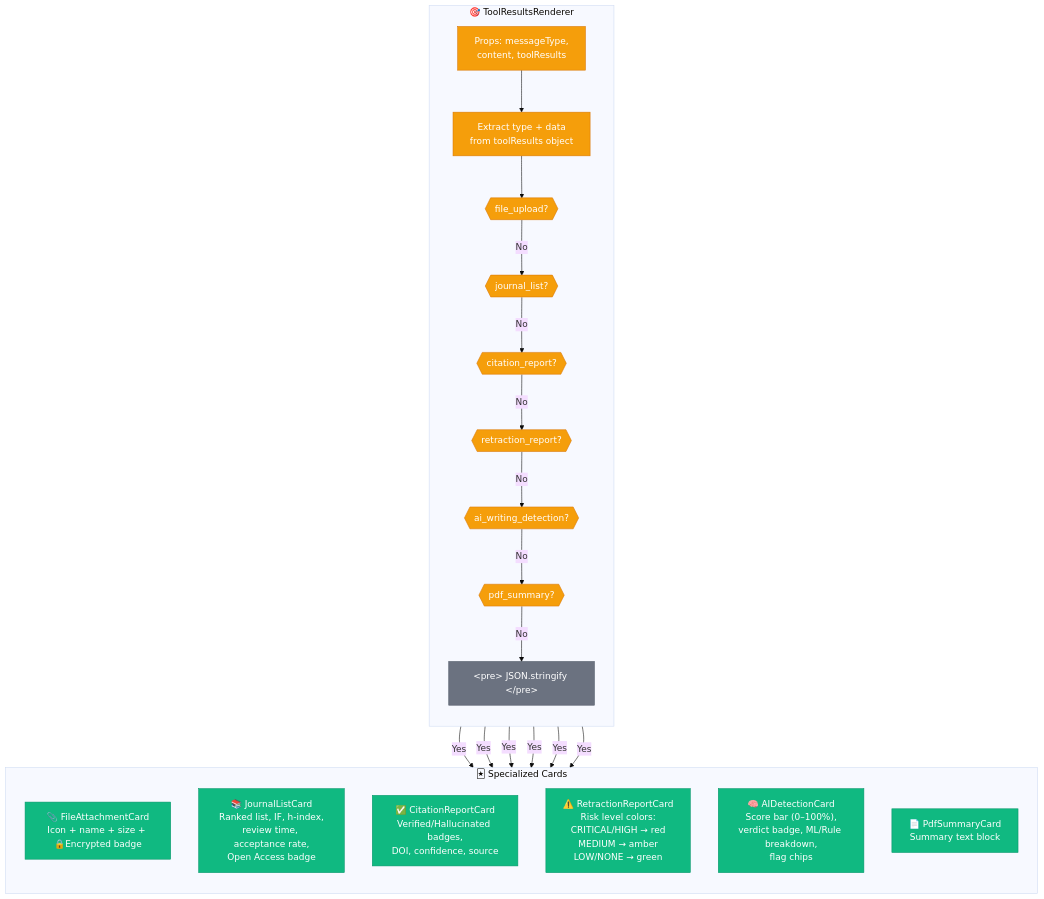
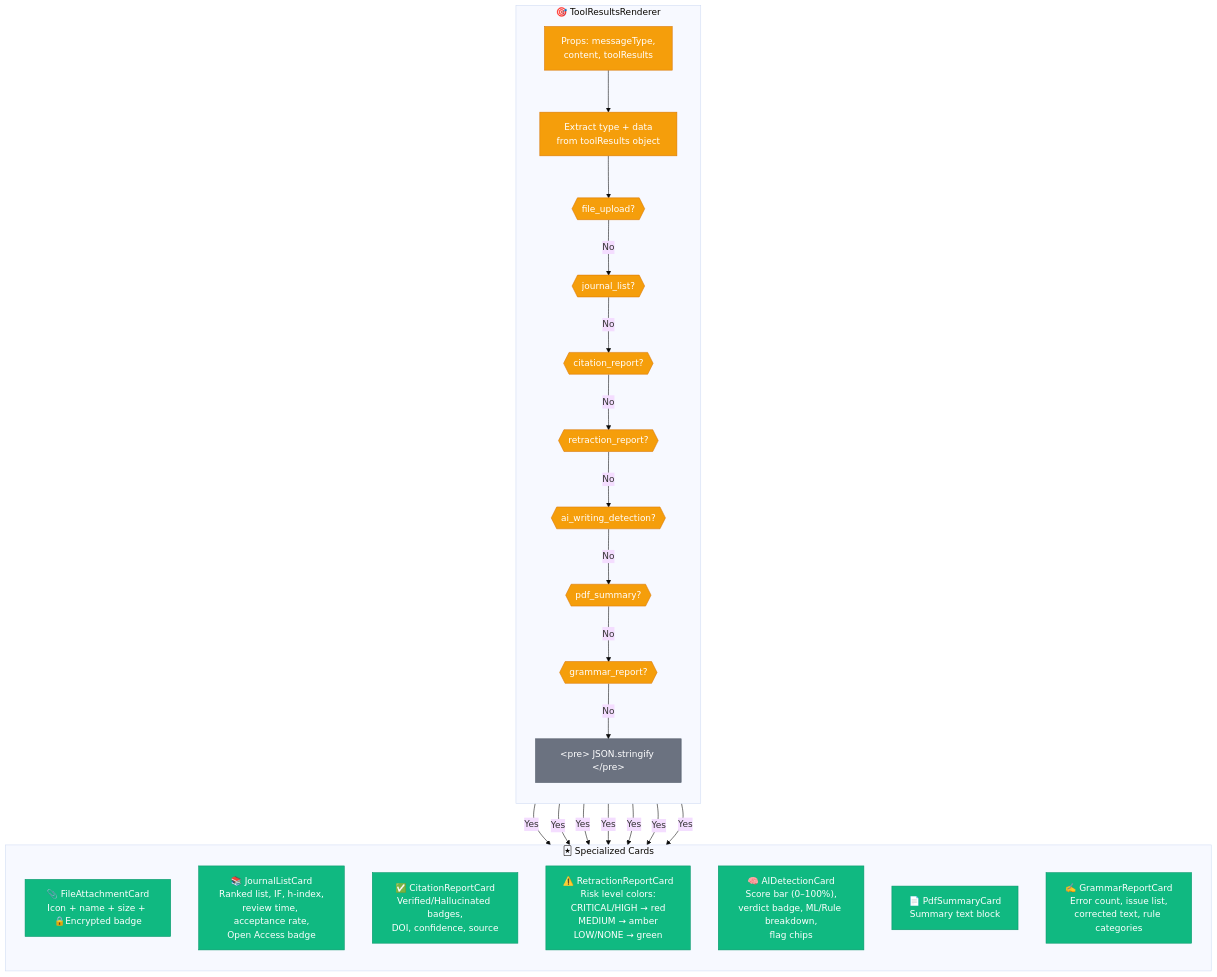
The seventh of 13 diagrams in frontend.md (Nhan-Laptop/NT208.Q21.ANTN), drawn with Mermaid (base theme) before and after one commit. The commit also changed other lines of this file and 2 other files, not shown here.

Commit message:
docs: update architecture.md, frontend.md, README.md with grammar checker, semantic fallback, admin dashboard, and 3-tier resiliency

````diff
--- a/frontend.md
+++ b/frontend.md
@@ -513,51 +516,55 @@
 ```mermaid
 graph TB
     subgraph DISPATCH["🎯 ToolResultsRenderer"]
         direction TB
         Input["Props: messageType,<br/>content, toolResults"]
         ExtractType["Extract type + data<br/>from toolResults object"]
 
         CheckFU{{"file_upload?"}}
         CheckJL{{"journal_list?"}}
         CheckCR{{"citation_report?"}}
         CheckRR{{"retraction_report?"}}
         CheckAI{{"ai_writing_detection?"}}
         CheckPDF{{"pdf_summary?"}}
+        CheckGR{{"grammar_report?"}}
         Fallback["&lt;pre&gt; JSON.stringify &lt;/pre&gt;"]
 
         Input --> ExtractType
         ExtractType --> CheckFU
         CheckFU -->|"No"| CheckJL
         CheckJL -->|"No"| CheckCR
         CheckCR -->|"No"| CheckRR
         CheckRR -->|"No"| CheckAI
         CheckAI -->|"No"| CheckPDF
-        CheckPDF -->|"No"| Fallback
+        CheckPDF -->|"No"| CheckGR
+        CheckGR -->|"No"| Fallback
     end
 
     subgraph CARDS["🃏 Specialized Cards"]
         direction TB
         FC["📎 FileAttachmentCard<br/>Icon + name + size + 🔒Encrypted badge"]
         JC["📚 JournalListCard<br/>Ranked list, IF, h-index,<br/>review time, acceptance rate,<br/>Open Access badge"]
         CC["✅ CitationReportCard<br/>Verified/Hallucinated badges,<br/>DOI, confidence, source"]
         RC["⚠️ RetractionReportCard<br/>Risk level colors:<br/>CRITICAL/HIGH → red<br/>MEDIUM → amber<br/>LOW/NONE → green"]
         AC["🧠 AIDetectionCard<br/>Score bar (0–100%),<br/>verdict badge, ML/Rule breakdown,<br/>flag chips"]
         PC["📄 PdfSummaryCard<br/>Summary text block"]
+        GC["✍️ GrammarReportCard<br/>Error count, issue list,<br/>corrected text, rule categories"]
     end
 
     CheckFU -->|"Yes"| FC
     CheckJL -->|"Yes"| JC
     CheckCR -->|"Yes"| CC
     CheckRR -->|"Yes"| RC
     CheckAI -->|"Yes"| AC
     CheckPDF -->|"Yes"| PC
+    CheckGR -->|"Yes"| GC
 
     %% Styles
     classDef dispatch fill:#f59e0b,color:#fff,stroke:#d97706
     classDef card fill:#10b981,color:#fff,stroke:#059669
     classDef fallback fill:#6b7280,color:#fff,stroke:#4b5563
 
-    class Input,ExtractType,CheckFU,CheckJL,CheckCR,CheckRR,CheckAI,CheckPDF dispatch
-    class FC,JC,CC,RC,AC,PC card
+    class Input,ExtractType,CheckFU,CheckJL,CheckCR,CheckRR,CheckAI,CheckPDF,CheckGR dispatch
+    class FC,JC,CC,RC,AC,PC,GC card
     class Fallback fallback
 ```
````
